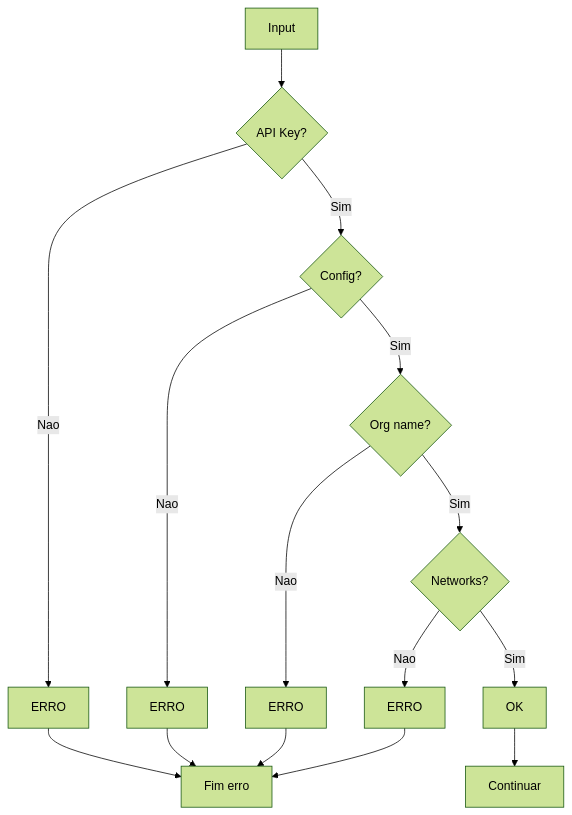
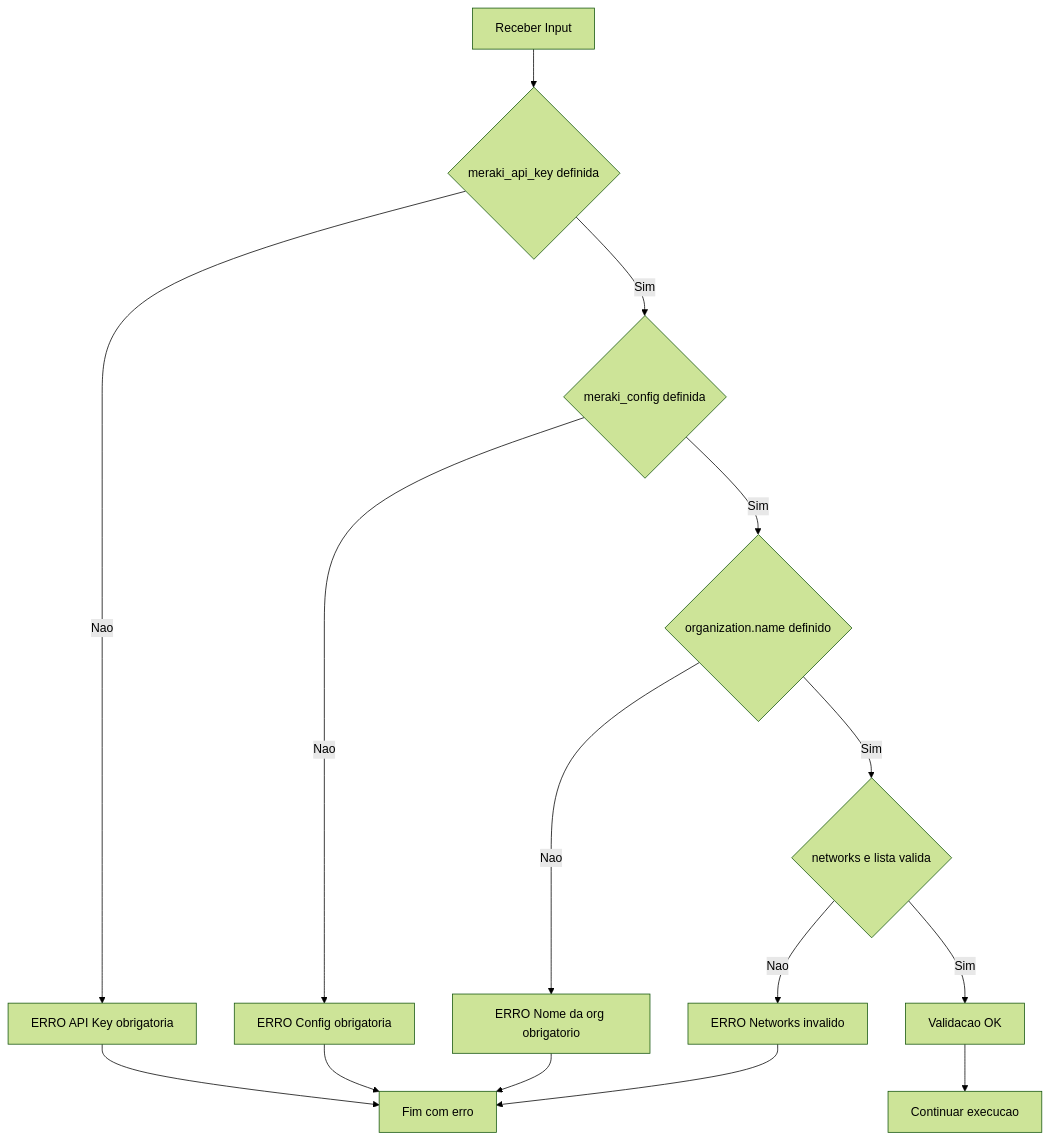
Before and after one commit to rodrigo-freitas-com/meraki-ansible: diagram 11 of 13 in docs/system-modeling.md, drawn with Mermaid (forest theme). The commit also changed other lines of this file, not shown here.

````diff
--- a/docs/system-modeling.md
+++ b/docs/system-modeling.md
@@ -337,17 +409,23 @@
 ```mermaid
 flowchart TD
-    A[Input] --> B{API Key?}
-    B -->|Nao| C[ERRO]
-    B -->|Sim| D{Config?}
-    D -->|Nao| E[ERRO]
-    D -->|Sim| F{Org name?}
-    F -->|Nao| G[ERRO]
-    F -->|Sim| H{Networks?}
-    H -->|Nao| I[ERRO]
-    H -->|Sim| J[OK]
-    J --> K[Continuar]
-    C --> L[Fim erro]
+    A[Receber Input] --> B{meraki_api_key definida}
+
+    B -->|Nao| C[ERRO API Key obrigatoria]
+    B -->|Sim| D{meraki_config definida}
+
+    D -->|Nao| E[ERRO Config obrigatoria]
+    D -->|Sim| F{organization.name definido}
+
+    F -->|Nao| G[ERRO Nome da org obrigatorio]
+    F -->|Sim| H{networks e lista valida}
+
+    H -->|Nao| I[ERRO Networks invalido]
+    H -->|Sim| J[Validacao OK]
+
+    J --> K[Continuar execucao]
+
+    C --> L[Fim com erro]
     E --> L
     G --> L
     I --> L
 ```
````
